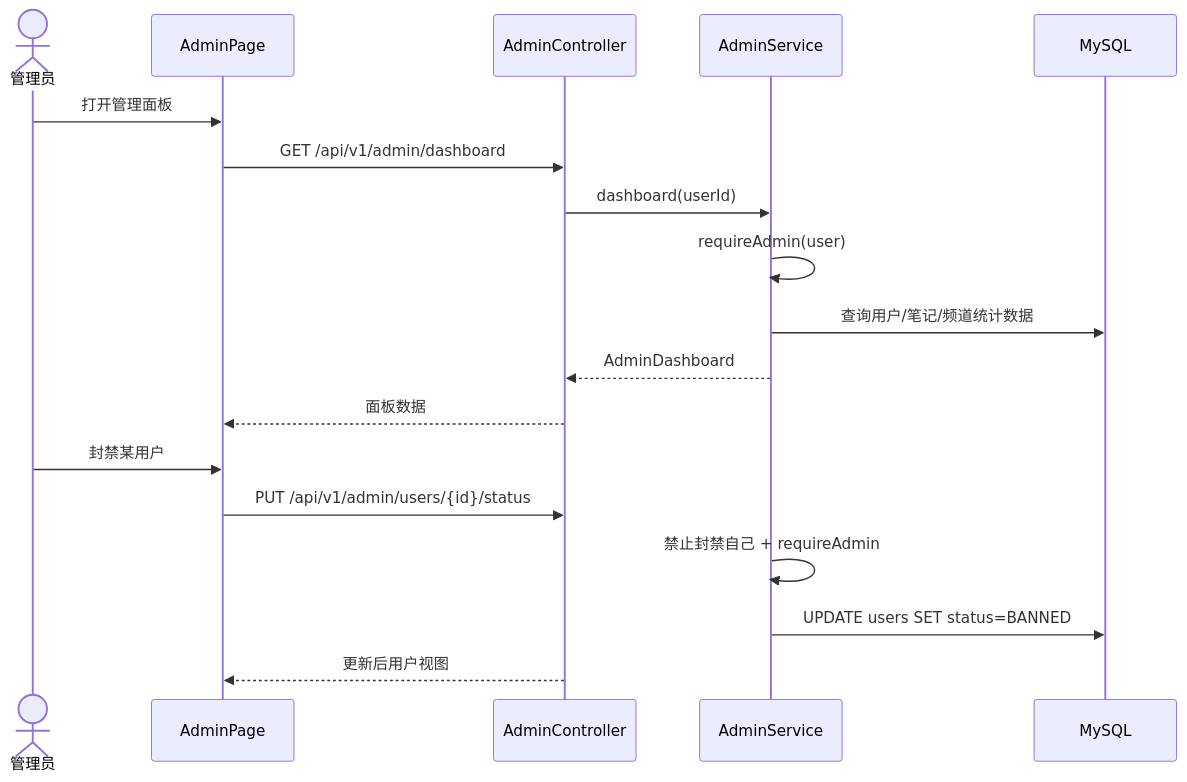
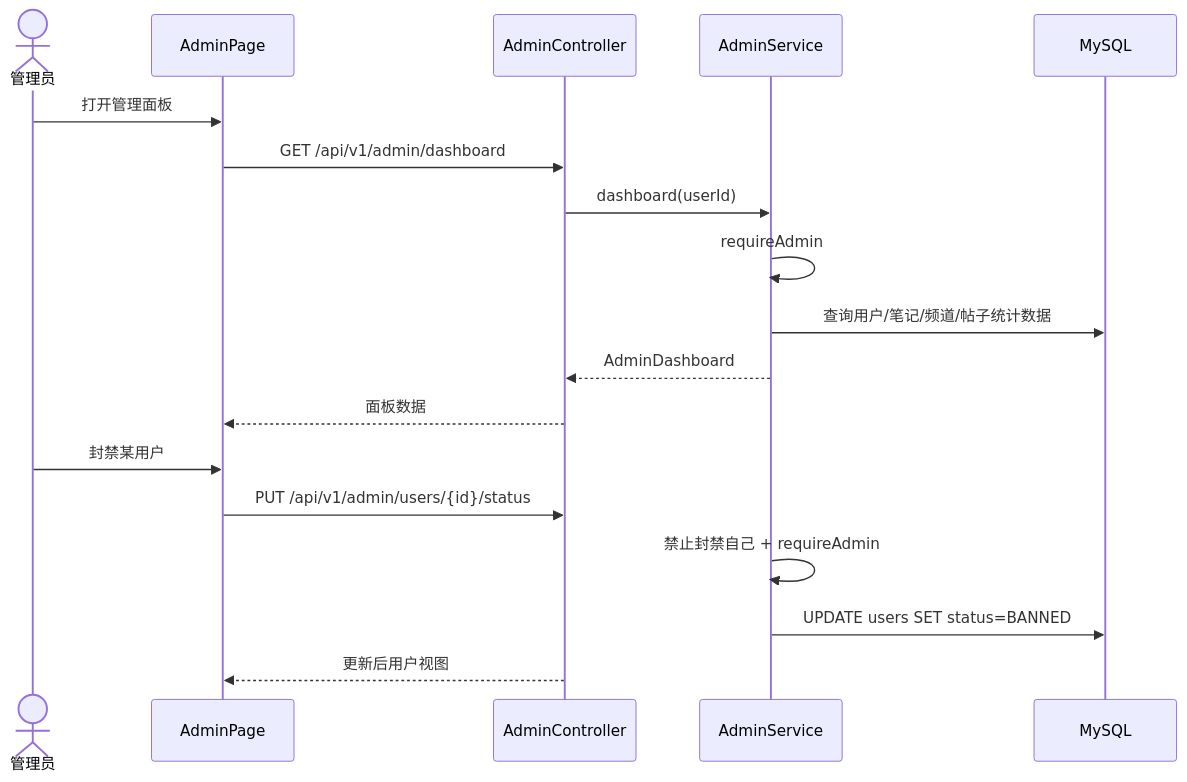
Before and after one commit to oliviawxx/whucircle: the tenth of 18 diagrams in docs/系统设计说明书.md, drawn with Mermaid. The commit also changed other lines of this file and 13 other files, not shown here.

````diff
--- a/docs/系统设计说明书.md
+++ b/docs/系统设计说明书.md
@@ -206,21 +252,21 @@
 ```mermaid
 sequenceDiagram
     actor A as 管理员
     participant FE as AdminPage
     participant API as AdminController
     participant S as AdminService
     participant DB as MySQL
 
     A->>FE: 打开管理面板
     FE->>API: GET /api/v1/admin/dashboard
     API->>S: dashboard(userId)
-    S->>S: requireAdmin(user)
-    S->>DB: 查询用户/笔记/频道统计数据
+    S->>S: requireAdmin
+    S->>DB: 查询用户/笔记/频道/帖子统计数据
     S-->>API: AdminDashboard
     API-->>FE: 面板数据
     A->>FE: 封禁某用户
     FE->>API: PUT /api/v1/admin/users/{id}/status
     S->>S: 禁止封禁自己 + requireAdmin
     S->>DB: UPDATE users SET status=BANNED
     API-->>FE: 更新后用户视图
 ```
````
